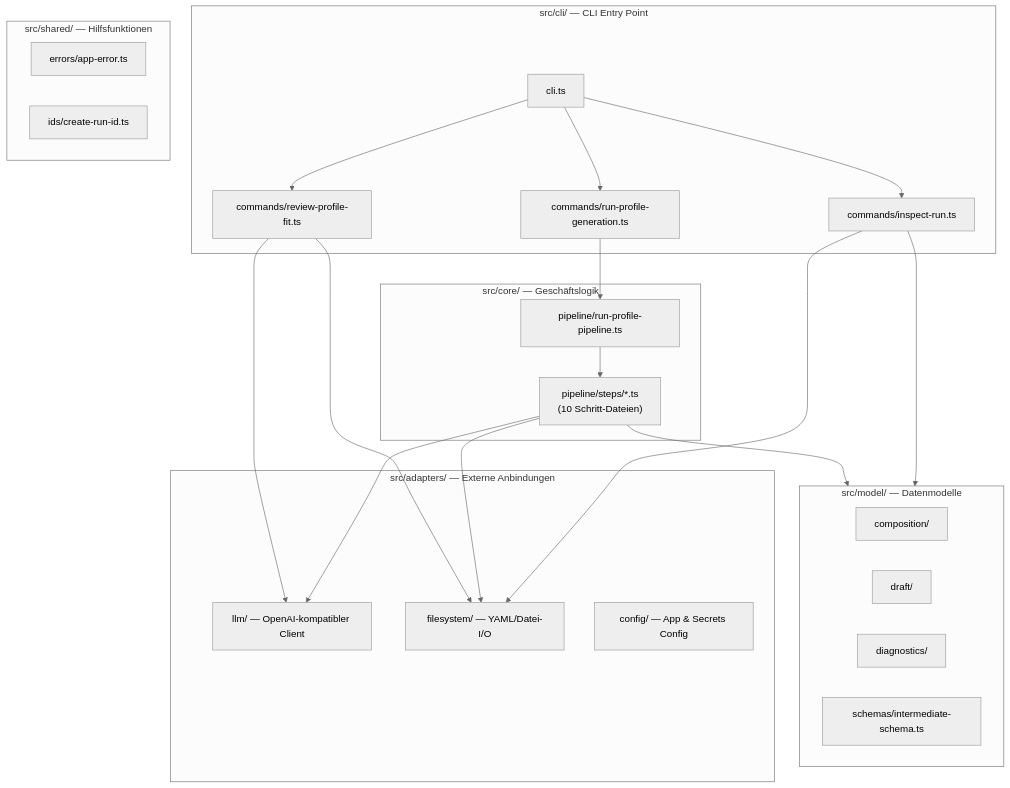
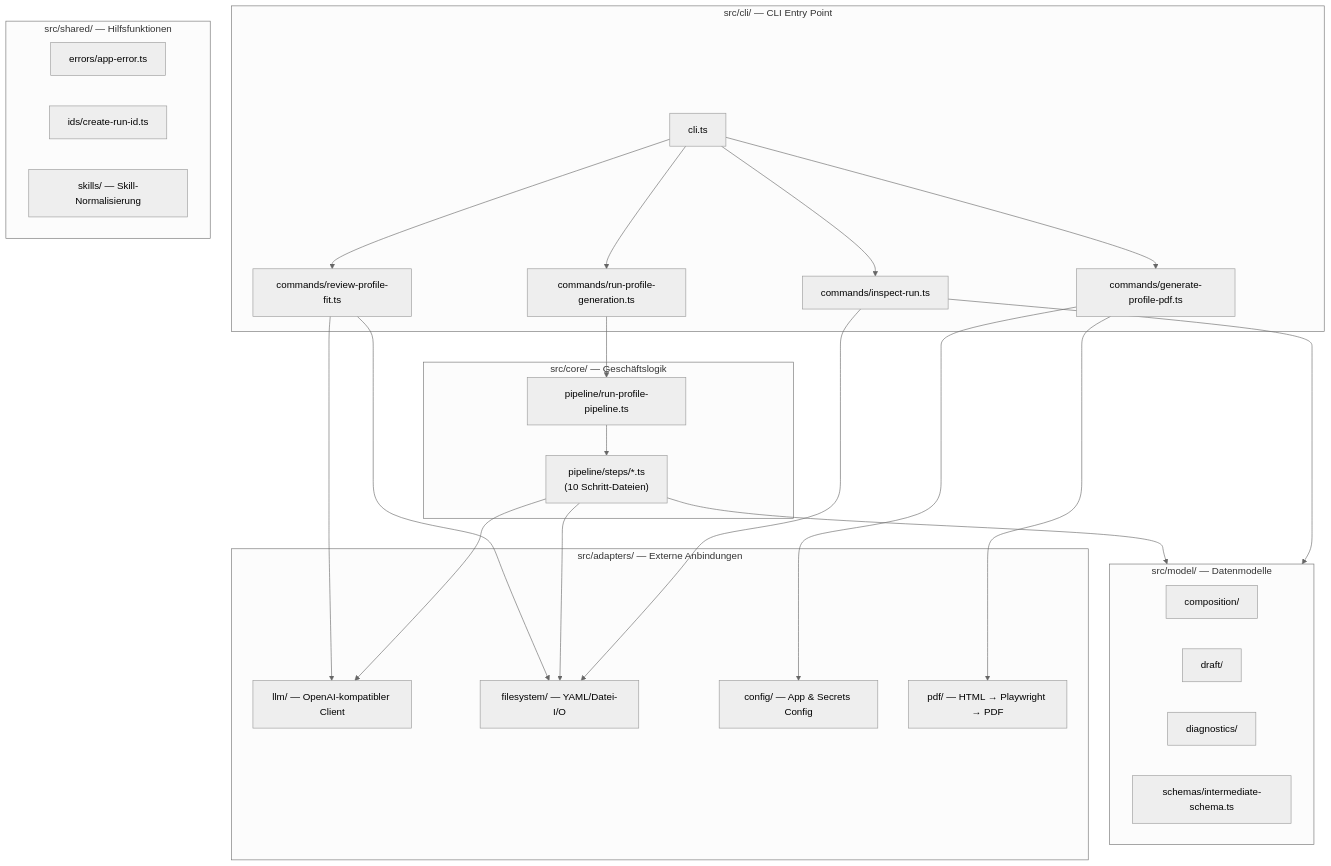
One commit to yoheines/freelancer-profil-tool changed the first of 5 diagrams in docs/architecture.md. Above: the diagram before and after it, drawn with Mermaid (neutral theme). The commit also changed other lines of this file and 44 other files, not shown here.

````diff
--- a/docs/architecture.md
+++ b/docs/architecture.md
@@ -13,45 +13,51 @@
 ```mermaid
 graph TB
     subgraph CLI["src/cli/ — CLI Entry Point"]
         CLI_MAIN["cli.ts"]
         CMD_RUN["commands/run-profile-generation.ts"]
         CMD_REVIEW["commands/review-profile-fit.ts"]
         CMD_INSPECT["commands/inspect-run.ts"]
+        CMD_PDF["commands/generate-profile-pdf.ts"]
     end
 
     subgraph CORE["src/core/ — Geschäftslogik"]
         PIPELINE["pipeline/run-profile-pipeline.ts"]
         STEPS["pipeline/steps/*.ts<br/>(10 Schritt-Dateien)"]
     end
 
     subgraph MODEL["src/model/ — Datenmodelle"]
         COMP["composition/"]
         DRAFT["draft/"]
         DIAG["diagnostics/"]
         SCHEMA["schemas/intermediate-schema.ts"]
     end
 
     subgraph ADAPTERS["src/adapters/ — Externe Anbindungen"]
         LLM["llm/ — OpenAI-kompatibler Client"]
         FILES["filesystem/ — YAML/Datei-I/O"]
         CONFIG["config/ — App & Secrets Config"]
+        PDF["pdf/ — HTML → Playwright → PDF"]
     end
 
     subgraph SHARED["src/shared/ — Hilfsfunktionen"]
         ERR["errors/app-error.ts"]
         IDS["ids/create-run-id.ts"]
+        SKILLS["skills/ — Skill-Normalisierung"]
     end
 
     CLI_MAIN --> CMD_RUN
     CLI_MAIN --> CMD_REVIEW
     CLI_MAIN --> CMD_INSPECT
+    CLI_MAIN --> CMD_PDF
     CMD_RUN --> PIPELINE
     CMD_REVIEW --> LLM
     CMD_REVIEW --> FILES
     PIPELINE --> STEPS
     STEPS --> LLM
     STEPS --> FILES
     STEPS --> MODEL
     CMD_INSPECT --> FILES
     CMD_INSPECT --> MODEL
+    CMD_PDF --> PDF
+    CMD_PDF --> CONFIG
 ```
````
